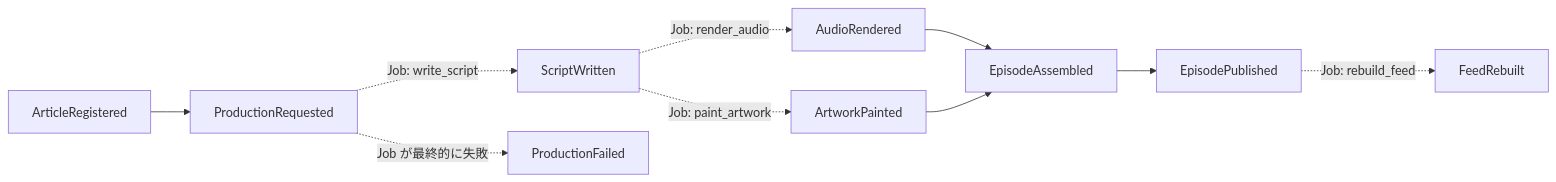
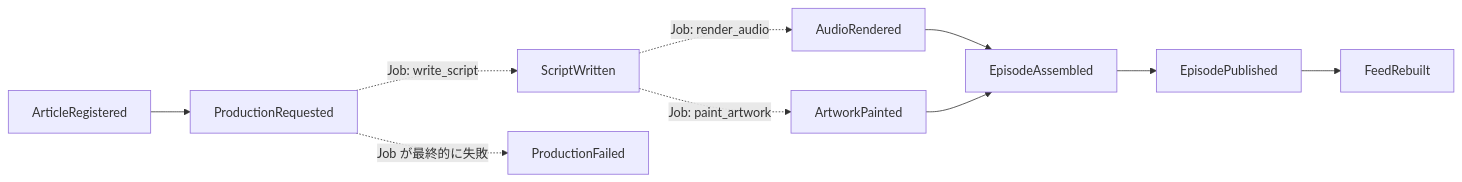
The third of 6 diagrams in docs/architecture/podcast-domain-model-tobe.md (hskksk/podcaster), drawn with Mermaid before and after one commit. The commit also changed other lines of this file, not shown here.

Commit message:
docs(architecture): apply episode, feed, event store and tts chunk decisions

````diff
--- a/docs/architecture/podcast-domain-model-tobe.md
+++ b/docs/architecture/podcast-domain-model-tobe.md
@@ -292,12 +303,12 @@
 ```mermaid
 flowchart LR
   AR[ArticleRegistered] --> PR[ProductionRequested]
   PR -. "Job: write_script" .-> SW[ScriptWritten]
   SW -. "Job: render_audio" .-> AuR[AudioRendered]
   SW -. "Job: paint_artwork" .-> ArP[ArtworkPainted]
   AuR --> EA[EpisodeAssembled]
   ArP --> EA
   EA --> EP[EpisodePublished]
-  EP -. "Job: rebuild_feed" .-> FR[FeedRebuilt]
+  EP --> FR[FeedRebuilt]
   PR -. "Job が最終的に失敗" .-> PF[ProductionFailed]
 ```
````
